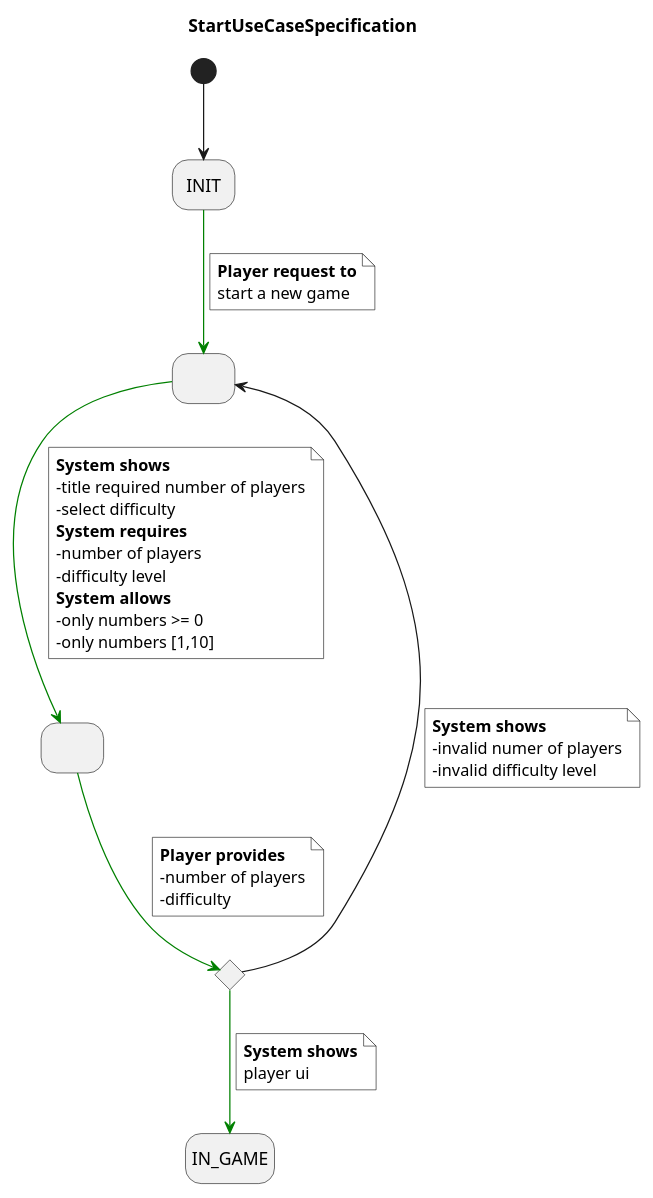
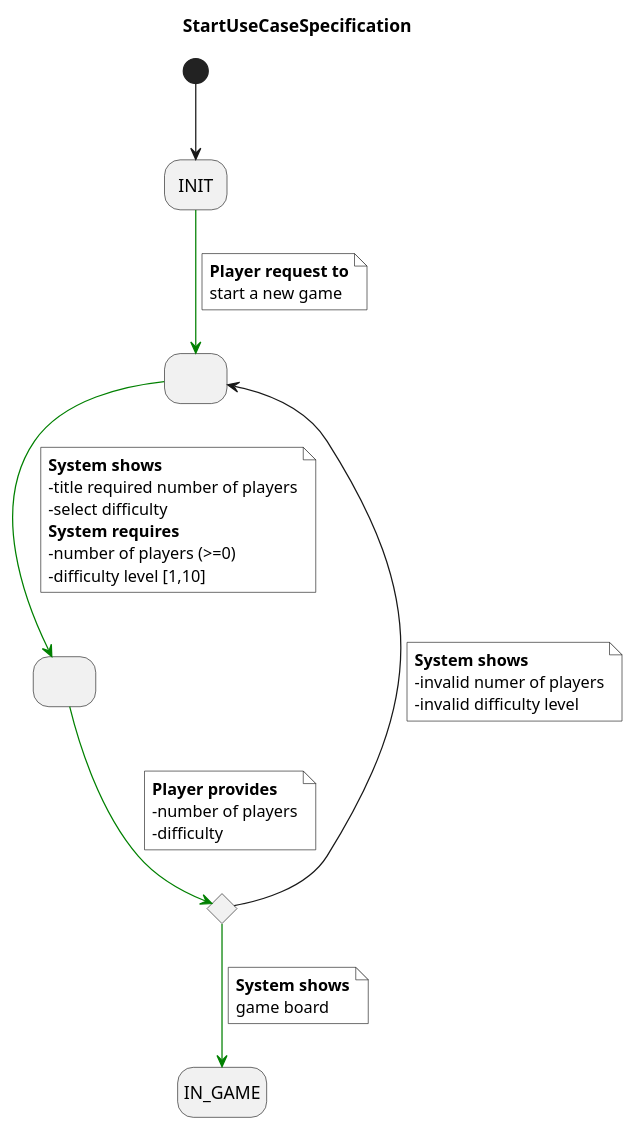
Before and after one commit to Master-Desarrollo-20-21/patrones-diseno---practica-final---juego-de-las-damas-fraylopez: the diagram in docs/src/use-cases/specification/start-spec.plantuml, drawn with PlantUML. The commit also changed 14 other files, not shown here.

Commit message:
update diagrams

```diff
--- a/docs/src/use-cases/specification/start-spec.plantuml
+++ b/docs/src/use-cases/specification/start-spec.plantuml
@@ -1,46 +1,43 @@
 @startuml StartUseCaseSpecification
 title StartUseCaseSpecification
 skinparam NoteBackgroundColor white
 hide empty description
 state INIT as "INIT"
 state startedGame as " "
 state numberOfPlayers as " "
 state ifValidNumberOfPlayers <<choice>>
 
 [*] --> INIT
 INIT -[#green]-> startedGame
 note on link #white
   <b>Player request to
   start a new game
 end note
 startedGame -[#green]-> numberOfPlayers
 note on link
   <b>System shows
   -title required number of players
   -select difficulty
   <b>System requires
-  -number of players
-  -difficulty level
-  <b>System allows
-  -only numbers >= 0
-  -only numbers [1,10]
+  -number of players (>=0)
+  -difficulty level [1,10]
 end note
 numberOfPlayers -[#green]-> ifValidNumberOfPlayers
 note on link
   <b>Player provides
   -number of players
   -difficulty
 end note
 ifValidNumberOfPlayers --> startedGame
 note on link
   <b>System shows
   -invalid numer of players
   -invalid difficulty level
 end note
 ifValidNumberOfPlayers -[#green]-> IN_GAME
 note on link
   <b>System shows
-  player ui
+  game board
 end note
 
 @enduml
```
